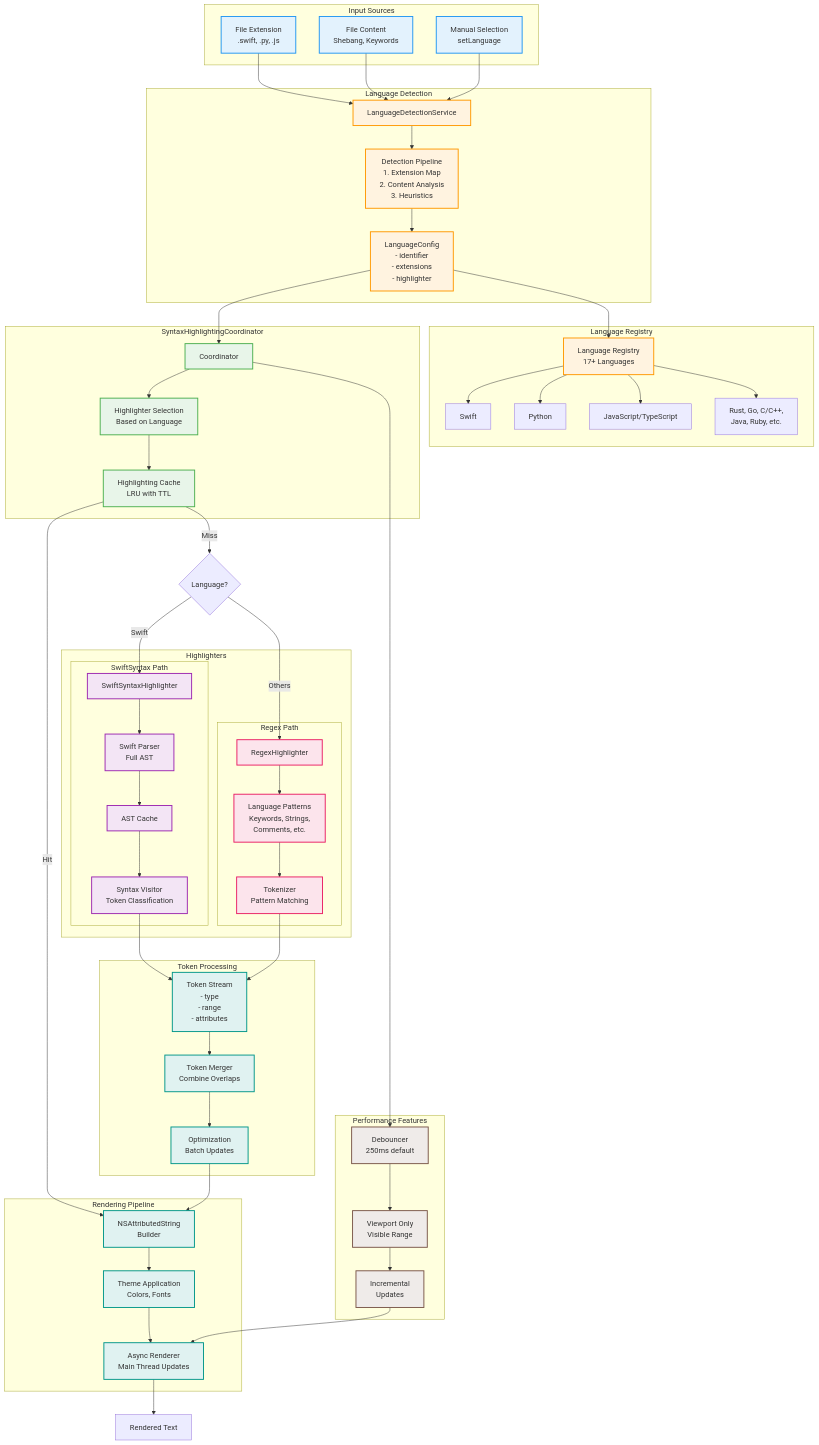
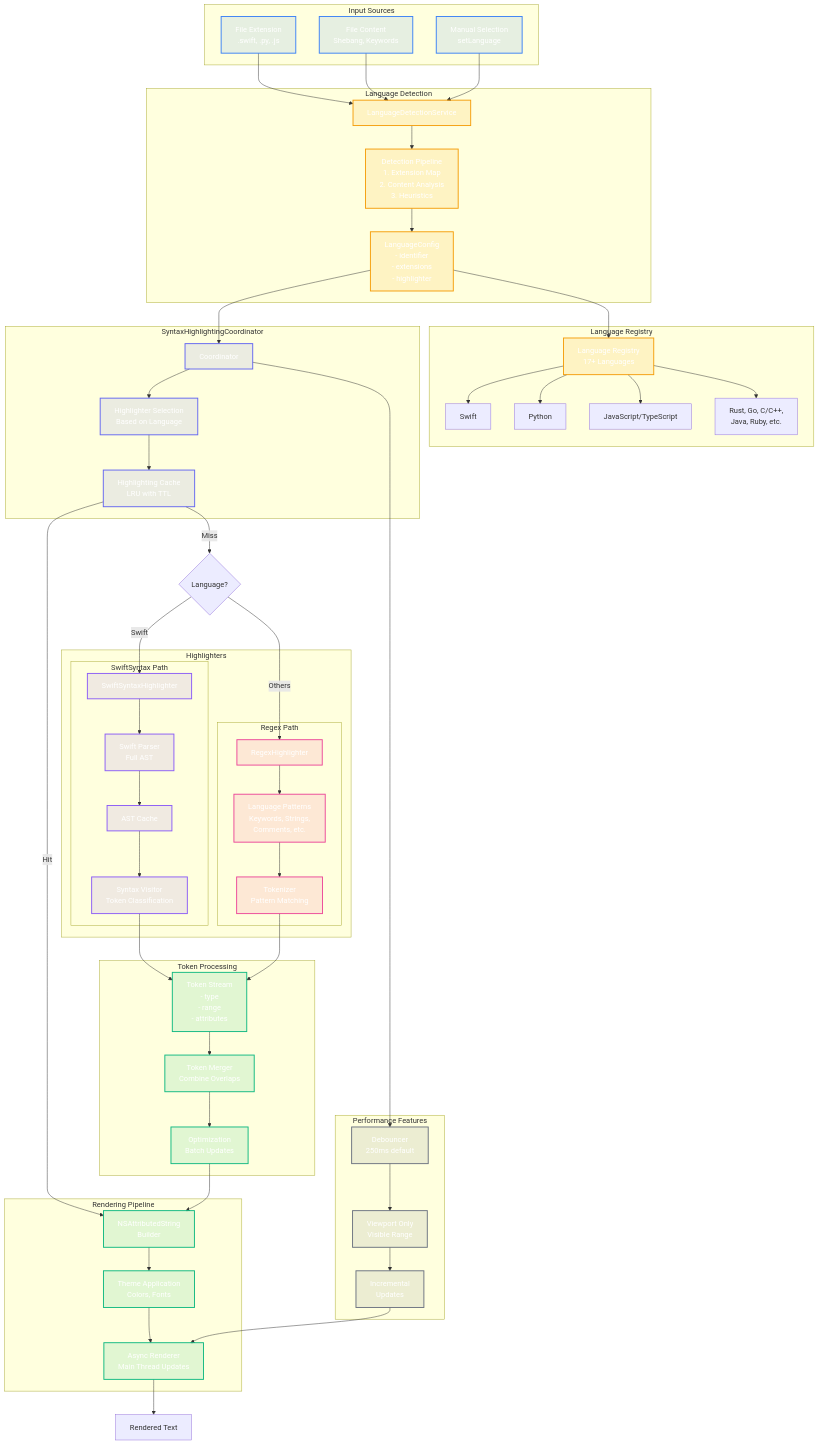
The diagram in Diagrams/06-language-syntax-highlighting-pipeline.md (ajmcclary/CodeEditorKit), drawn with Mermaid before and after one commit. The commit also changed 9 other files, not shown here.

Commit message:
refactor: Update diagrams for dark mode compatibility with new color schemes

```diff
--- a/Diagrams/06-language-syntax-highlighting-pipeline.md
+++ b/Diagrams/06-language-syntax-highlighting-pipeline.md
@@ -125,14 +125,14 @@
     %% Output
     ASYNC --> RENDER[Rendered Text]
 
-    %% Styling
-    classDef input fill:#e3f2fd,stroke:#2196f3,stroke-width:2px
-    classDef detection fill:#fff3e0,stroke:#ff9800,stroke-width:2px
-    classDef coordinator fill:#e8f5e9,stroke:#4caf50,stroke-width:2px
-    classDef swift fill:#f3e5f5,stroke:#9c27b0,stroke-width:2px
-    classDef regex fill:#fce4ec,stroke:#e91e63,stroke-width:2px
-    classDef process fill:#e0f2f1,stroke:#009688,stroke-width:2px
-    classDef perf fill:#efebe9,stroke:#795548,stroke-width:2px
+    %% Styling - Dark mode friendly colors
+    classDef input fill:#3b82f620,stroke:#3b82f6,stroke-width:2px,color:#fff
+    classDef detection fill:#f59e0b20,stroke:#f59e0b,stroke-width:2px,color:#fff
+    classDef coordinator fill:#6366f120,stroke:#6366f1,stroke-width:2px,color:#fff
+    classDef swift fill:#8b5cf620,stroke:#8b5cf6,stroke-width:2px,color:#fff
+    classDef regex fill:#ec489920,stroke:#ec4899,stroke-width:2px,color:#fff
+    classDef process fill:#10b98120,stroke:#10b981,stroke-width:2px,color:#fff
+    classDef perf fill:#6b728020,stroke:#6b7280,stroke-width:2px,color:#fff
     
     class FILE,CONTENT,MANUAL input
     class LDS,DETECT,LANG,REG detection
```
